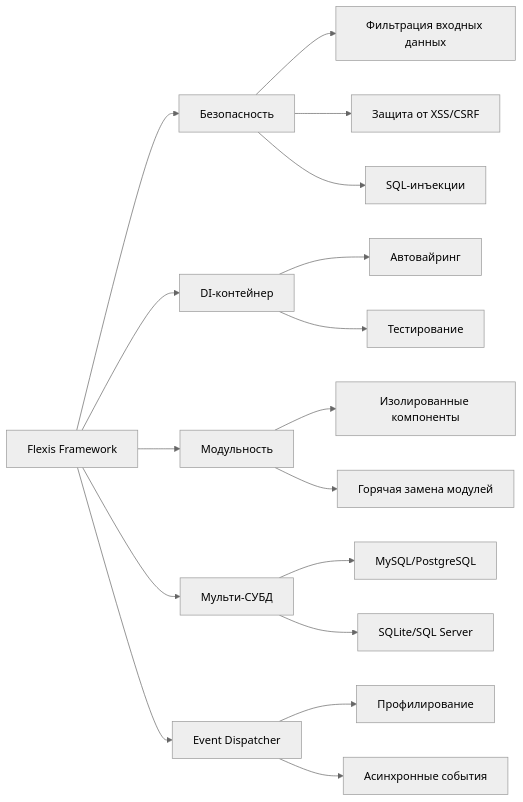
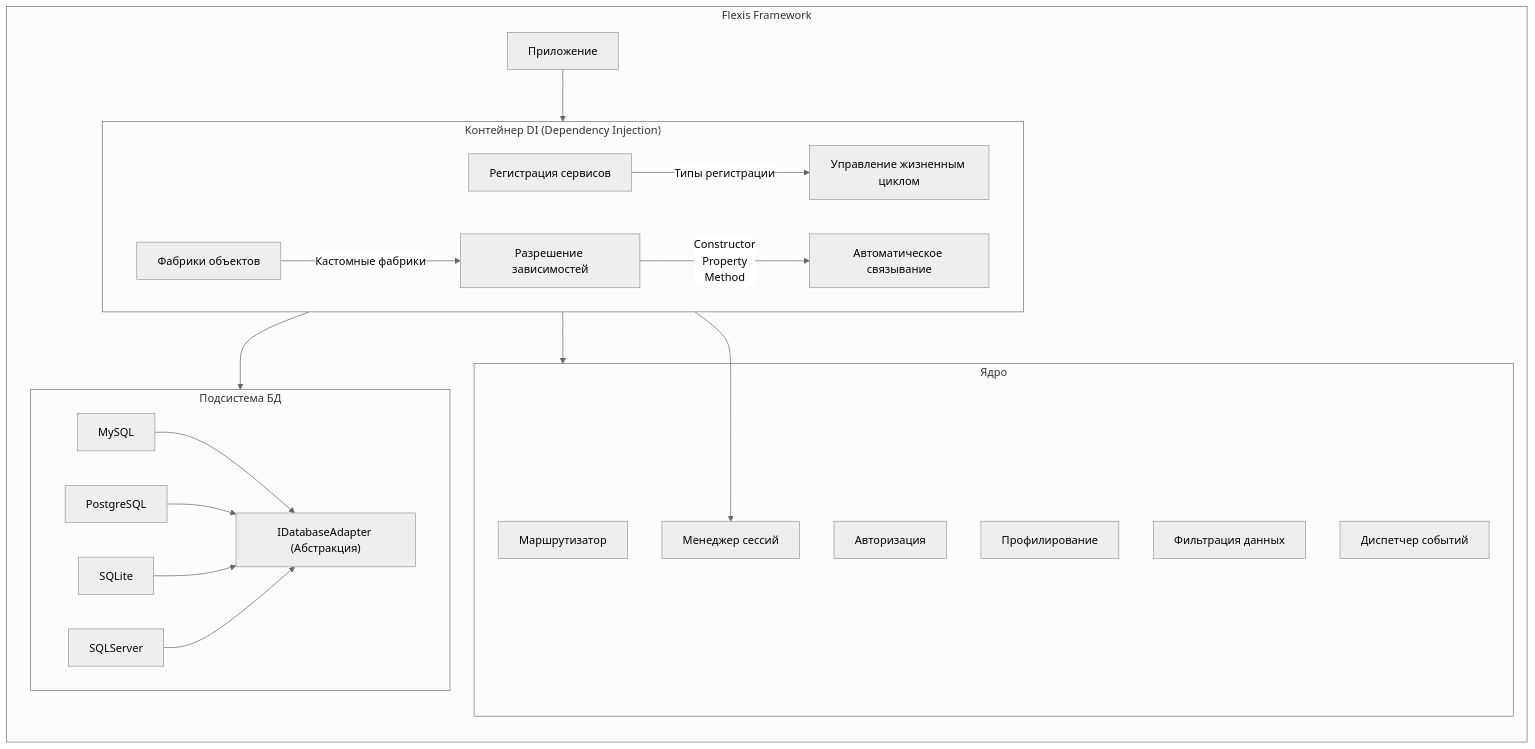
One commit to flexis-labs/flexis changed the first of 2 diagrams in README.md. Above: the diagram before and after it, drawn with Mermaid (neutral theme).

````diff
--- a/README.md
+++ b/README.md
@@ -5,19 +5,41 @@
 ```mermaid
-graph LR
-A[Flexis Framework] --> B[Безопасность]
-A --> C[DI-контейнер]
-A --> D[Модульность]
-A --> E[Мульти-СУБД]
-A --> F[Event Dispatcher]
-B --> B1[Фильтрация входных данных]
-B --> B2[Защита от XSS/CSRF]
-B --> B3[SQL-инъекции]
-C --> C1[Автовайринг]
-C --> C2[Тестирование]
-D --> D1[Изолированные компоненты]
-D --> D2[Горячая замена модулей]
-E --> E1[MySQL/PostgreSQL]
-E --> E2[SQLite/SQL Server]
-F --> F1[Профилирование]
-F --> F2[Асинхронные события]
+graph TD
+    subgraph Flexis Framework
+        direction TB
+        
+        subgraph DIP_Container["Контейнер DI (Dependency Injection)"]
+            direction LR
+            Reg[Регистрация сервисов]
+            Res[Разрешение зависимостей]
+            Lifecycle[Управление жизненным циклом]
+            Factory[Фабрики объектов]
+            AutoWire[Автоматическое связывание]
+            
+            Reg -->|Типы регистрации| Lifecycle
+            Res -->|Constructor<br>Property<br>Method| AutoWire
+            Factory -->|Кастомные фабрики| Res
+        end
+
+        subgraph Core[Ядро]
+            Router[Маршрутизатор]
+            Auth[Авторизация]
+            Profiler[Профилирование]
+            Filter[Фильтрация данных]
+            EventDispatcher[Диспетчер событий]
+            SessionManager[Менеджер сессий]
+        end
+
+        subgraph Databases["Подсистема БД"]
+            DB_Adapter["IDatabaseAdapter (Абстракция)"]
+            MySQL --> DB_Adapter
+            PostgreSQL --> DB_Adapter
+            SQLite --> DB_Adapter
+            SQLServer --> DB_Adapter
+        end
+
+        App[Приложение] --> DIP_Container
+        DIP_Container --> Core
+        DIP_Container --> Databases
+        DIP_Container --> SessionManager
+    end
 ```
````
